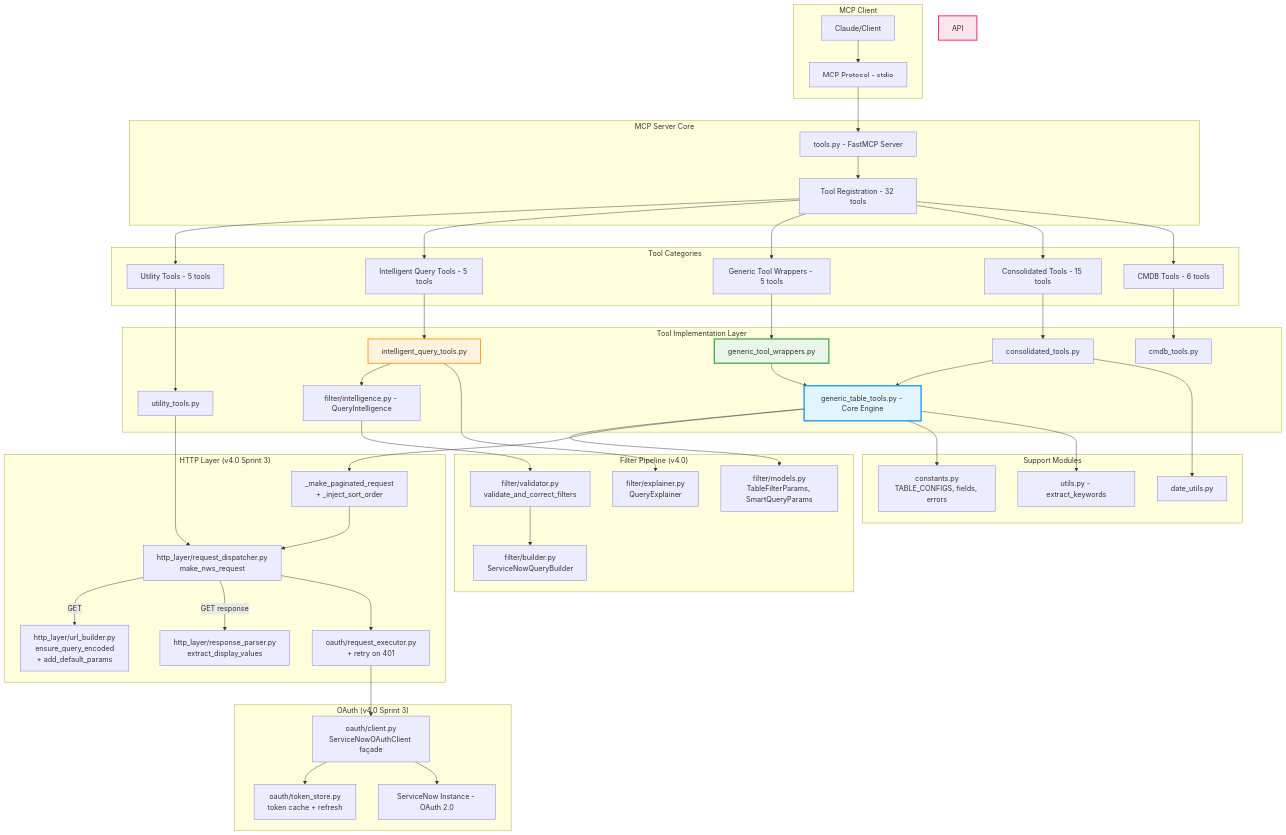
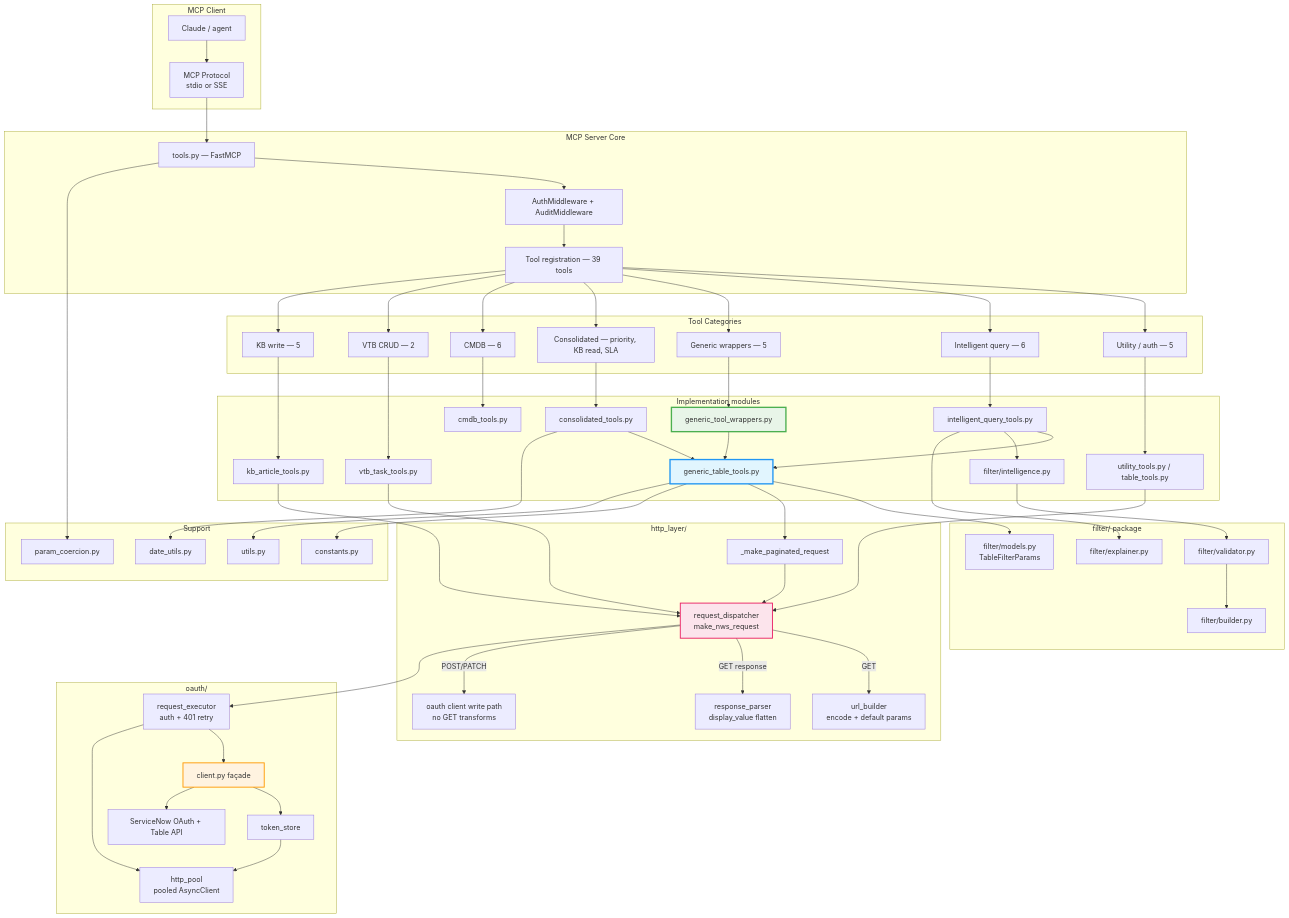
Before and after one commit to Papamzor/personal-mcp-servicenow: the diagram in Diagrams & Documentation/01-architecture-overview.md, drawn with Mermaid. The commit also changed other lines of this file and 31 other files, not shown here.

First line of the commit message:
chore: clean stale packaging/docs and refresh architecture diagrams

````diff
--- a/Diagrams & Documentation/01-architecture-overview.md
+++ b/Diagrams & Documentation/01-architecture-overview.md
@@ -5,64 +5,75 @@
 ```mermaid
 graph TB
     subgraph "MCP Client"
-        A[Claude/Client] --> B[MCP Protocol - stdio]
+        A[Claude / agent] --> B[MCP Protocol<br/>stdio or SSE]
     end
 
     subgraph "MCP Server Core"
-        B --> C[tools.py - FastMCP Server]
-        C --> D[Tool Registration - 32 tools]
+        B --> C[tools.py — FastMCP]
+        C --> MW[AuthMiddleware + AuditMiddleware]
+        MW --> D[Tool registration — 39 tools]
     end
 
     subgraph "Tool Categories"
-        D --> E[Utility Tools - 5 tools]
-        D --> F[Intelligent Query Tools - 5 tools]
-        D --> G[Generic Tool Wrappers - 5 tools]
-        D --> H[Consolidated Tools - 15 tools]
-        D --> I[CMDB Tools - 6 tools]
+        D --> E[Utility / auth — 5]
+        D --> F[Intelligent query — 6]
+        D --> G[Generic wrappers — 5]
+        D --> H[Consolidated — priority, KB read, SLA]
+        D --> I[CMDB — 6]
+        D --> J[VTB CRUD — 2]
+        D --> K[KB write — 5]
     end
 
-    subgraph "Tool Implementation Layer"
-        E --> L[utility_tools.py]
+    subgraph "Implementation modules"
+        E --> L[utility_tools.py / table_tools.py]
         F --> AI[intelligent_query_tools.py]
         G --> GW[generic_tool_wrappers.py]
         H --> CT[consolidated_tools.py]
         I --> CMDB[cmdb_tools.py]
-
-        AI --> NLP[filter/intelligence.py - QueryIntelligence]
-        GW --> GTT[generic_table_tools.py - Core Engine]
+        J --> VTB[vtb_task_tools.py]
+        K --> KB[kb_article_tools.py]
+        GW --> GTT[generic_table_tools.py]
         CT --> GTT
+        AI --> GTT
+        AI --> NLP[filter/intelligence.py]
     end
 
-    subgraph "Filter Pipeline (v4.0)"
-        NLP --> FV[filter/validator.py<br/>validate_and_correct_filters]
-        FV --> FB[filter/builder.py<br/>ServiceNowQueryBuilder]
-        AI --> FEXP[filter/explainer.py<br/>QueryExplainer]
-        GTT --> FMOD[filter/models.py<br/>TableFilterParams, SmartQueryParams]
+    subgraph "filter/ package"
+        NLP --> FV[filter/validator.py]
+        FV --> FB[filter/builder.py]
+        AI --> FEXP[filter/explainer.py]
+        GTT --> FMOD[filter/models.py<br/>TableFilterParams]
     end
 
-    subgraph "HTTP Layer (v4.0 Sprint 3)"
-        GTT --> PAG[_make_paginated_request<br/>+ _inject_sort_order]
-        PAG --> DISP[http_layer/request_dispatcher.py<br/>make_nws_request]
+    subgraph "http_layer/"
+        GTT --> PAG[_make_paginated_request]
+        PAG --> DISP[request_dispatcher<br/>make_nws_request]
+        VTB --> DISP
+        KB --> DISP
         L --> DISP
-        DISP -->|GET| URL[http_layer/url_builder.py<br/>ensure_query_encoded<br/>+ add_default_params]
-        DISP -->|GET response| RESP[http_layer/response_parser.py<br/>extract_display_values]
-        DISP --> EXEC[oauth/request_executor.py<br/>+ retry on 401]
+        DISP -->|GET| URL[url_builder<br/>encode + default params]
+        DISP -->|GET response| RESP[response_parser<br/>display_value flatten]
+        DISP -->|POST/PATCH| WRITE[oauth client write path<br/>no GET transforms]
     end
 
-    subgraph "OAuth (v4.0 Sprint 3)"
-        EXEC --> CLI[oauth/client.py<br/>ServiceNowOAuthClient façade]
-        CLI --> TOK[oauth/token_store.py<br/>token cache + refresh]
-        CLI --> SN[ServiceNow Instance - OAuth 2.0]
+    subgraph "oauth/"
+        DISP --> EXEC[request_executor<br/>auth + 401 retry]
+        EXEC --> CLI[client.py façade]
+        CLI --> TOK[token_store]
+        EXEC --> POOL[http_pool<br/>pooled AsyncClient]
+        TOK --> POOL
+        CLI --> SN[ServiceNow OAuth + Table API]
     end
 
-    subgraph "Support Modules"
-        GTT --> CONST[constants.py<br/>TABLE_CONFIGS, fields, errors]
-        GTT --> UTILS[utils.py - extract_keywords]
+    subgraph "Support"
+        GTT --> CONST[constants.py]
+        GTT --> UTILS[utils.py]
         CT --> DATE[date_utils.py]
+        C --> COERCE[param_coercion.py]
     end
 
     style GW fill:#e8f5e8,stroke:#4caf50,stroke-width:3px
     style GTT fill:#e1f5fe,stroke:#2196f3,stroke-width:3px
-    style AI fill:#fff3e0,stroke:#ff9800,stroke-width:2px
-    style API fill:#fce4ec,stroke:#e91e63,stroke-width:2px
+    style DISP fill:#fce4ec,stroke:#e91e63,stroke-width:2px
+    style CLI fill:#fff3e0,stroke:#ff9800,stroke-width:2px
 ```
````
